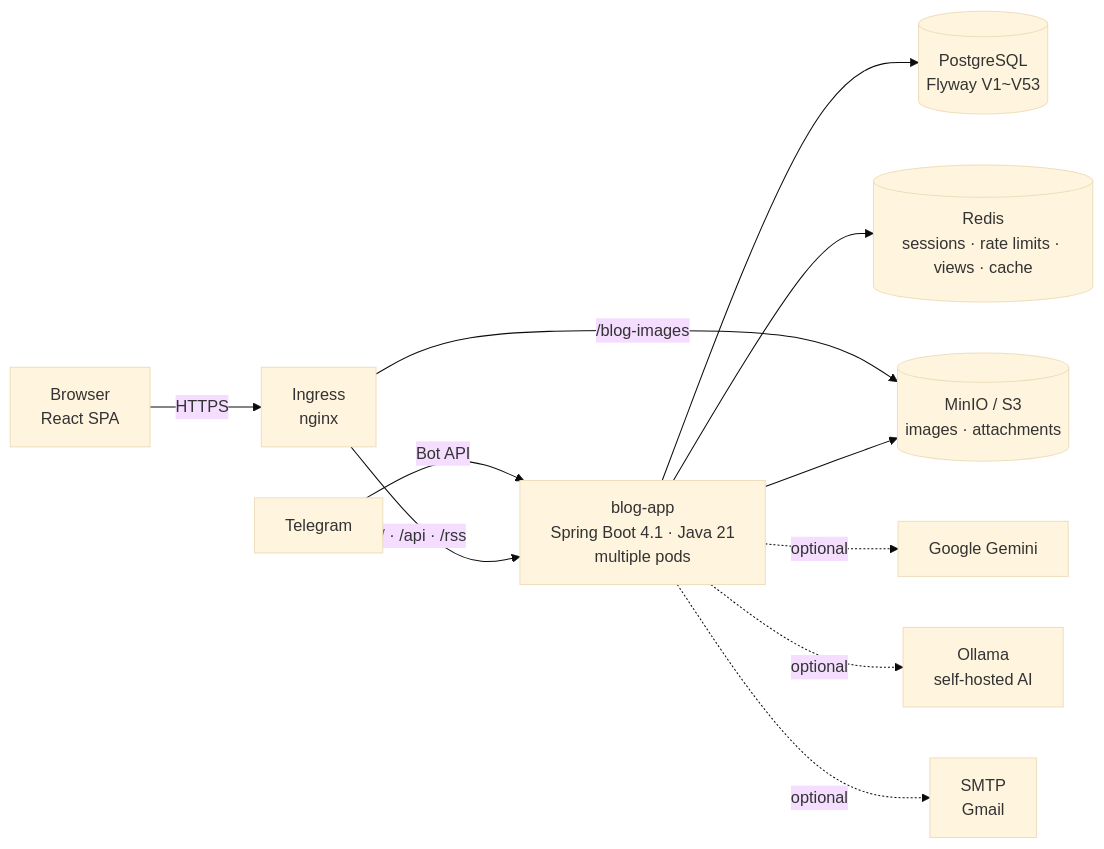
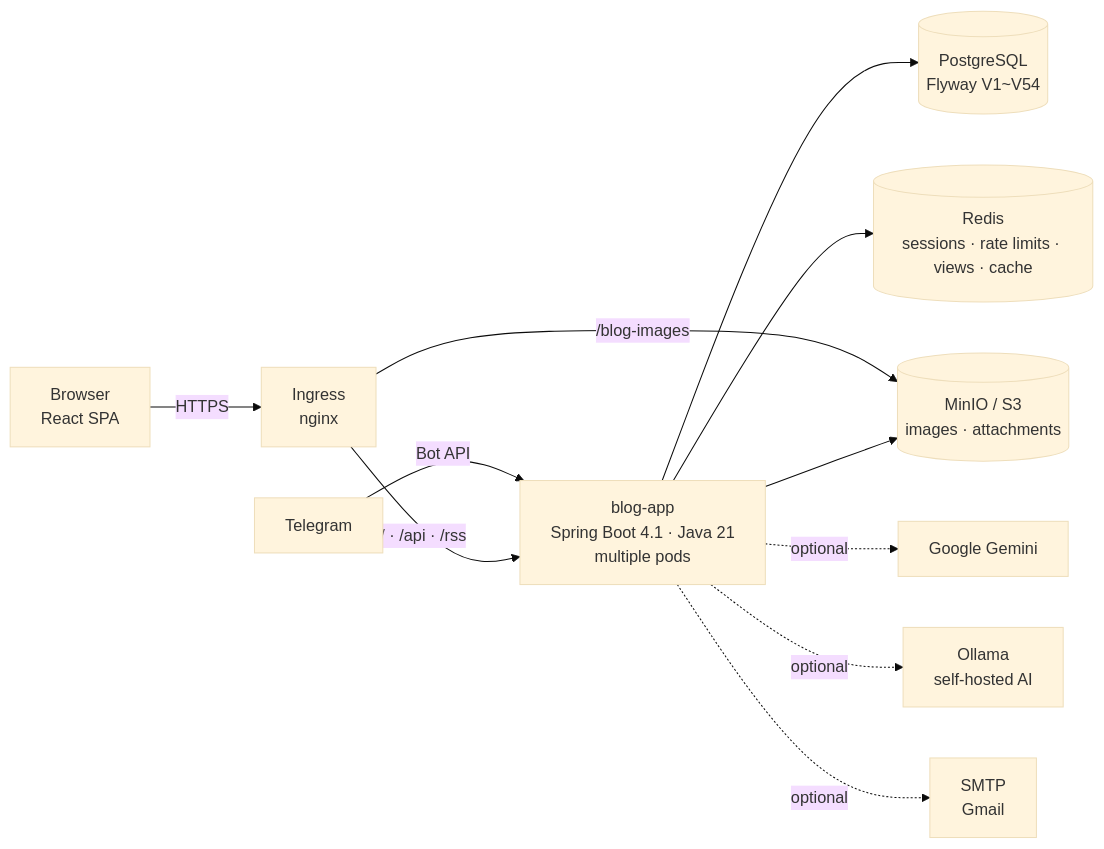
Before and after one commit to AIGJ-01-002-blog/devlog: the first of 3 diagrams in README.en.md, drawn with Mermaid (base theme). The commit also changed other lines of this file and 19 other files, not shown here.

````diff
--- a/README.en.md
+++ b/README.en.md
@@ -163,13 +163,13 @@
 ```mermaid
 flowchart LR
     B[Browser<br/>React SPA] -->|HTTPS| I[Ingress<br/>nginx]
     T[Telegram] -->|Bot API| A
     I -->|/ · /api · /rss| A[blog-app<br/>Spring Boot 4.1 · Java 21<br/>multiple pods]
     I -->|/blog-images| M[(MinIO / S3<br/>images · attachments)]
-    A --> P[(PostgreSQL<br/>Flyway V1~V53)]
+    A --> P[(PostgreSQL<br/>Flyway V1~V54)]
     A --> R[(Redis<br/>sessions · rate limits · views · cache)]
     A --> M
     A -.optional.-> G[Google Gemini]
     A -.optional.-> O[Ollama<br/>self-hosted AI]
     A -.optional.-> S[SMTP<br/>Gmail]
 ```
````
